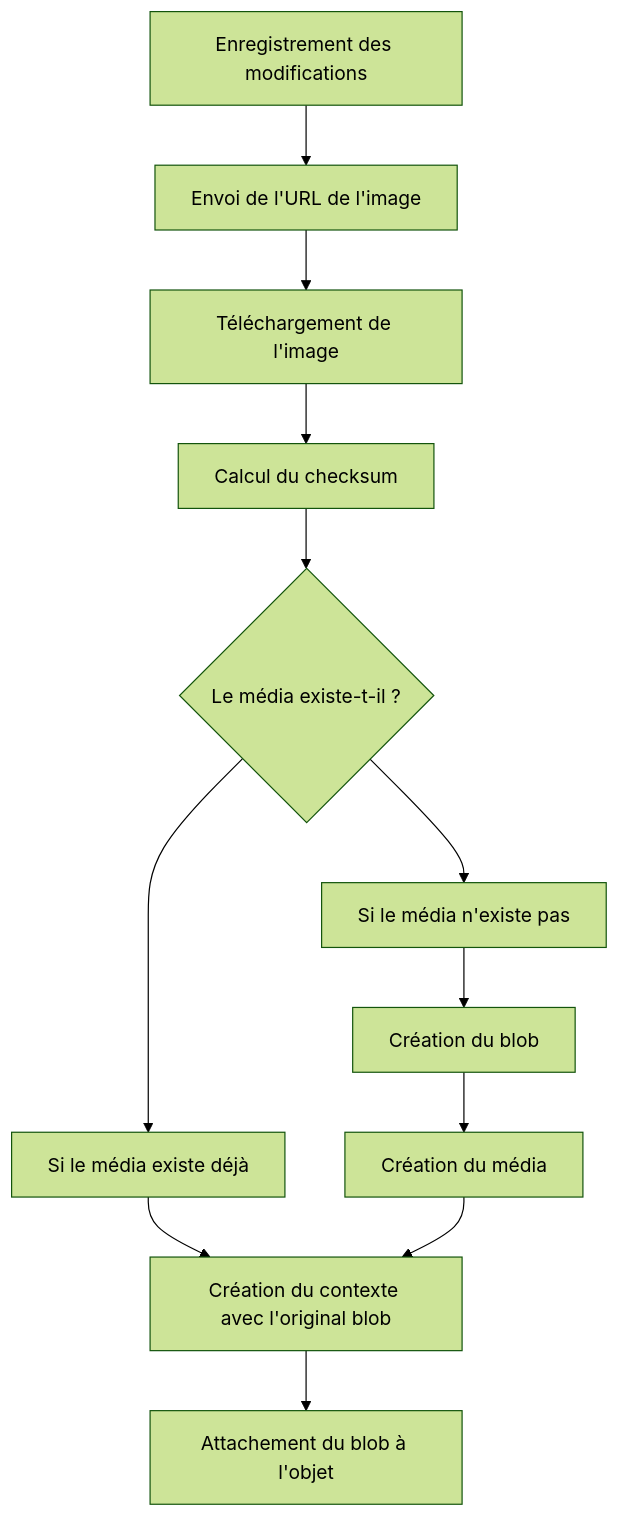
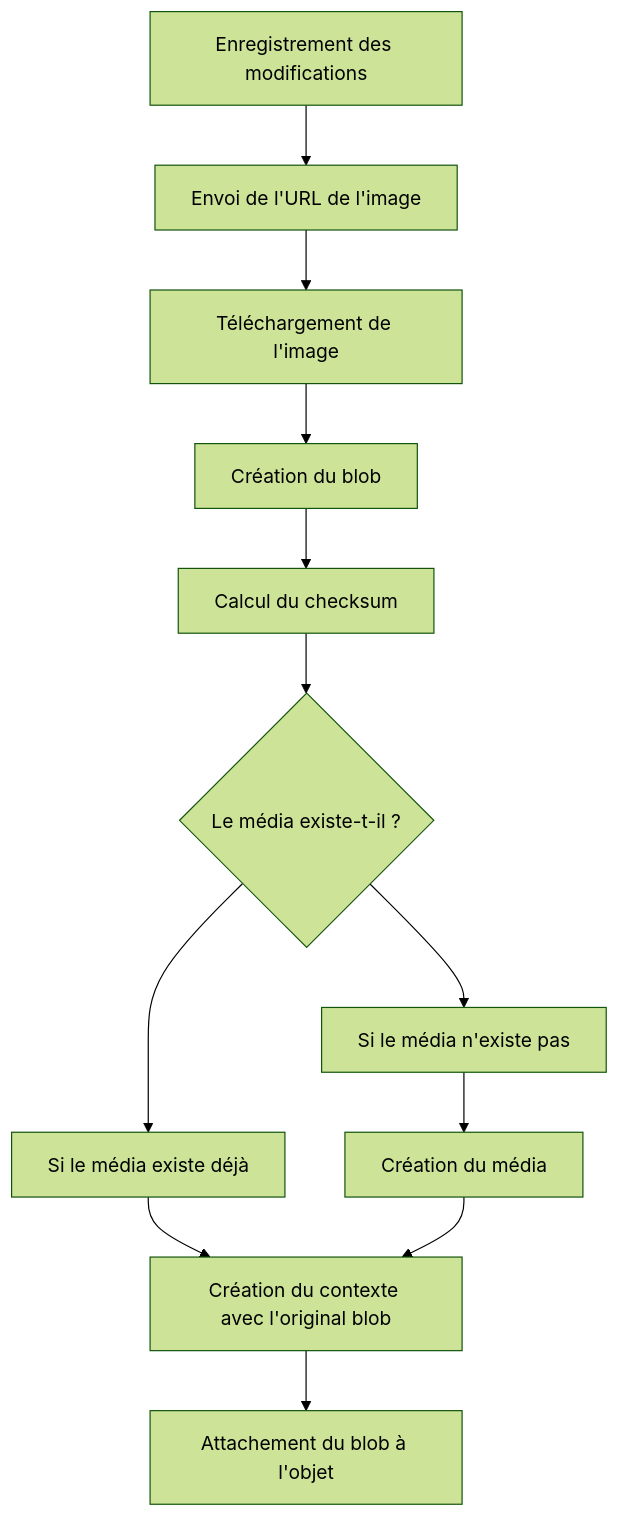
The third of 4 diagrams in content/docs/admin/composants/media-library.md (osunyorg/developers), drawn with Mermaid (forest theme) before and after one commit. The commit also changed other lines of this file, not shown here.

````diff
--- a/content/docs/admin/composants/media-library.md
+++ b/content/docs/admin/composants/media-library.md
@@ -338,19 +338,19 @@
 ```mermaid
 graph TD;
-  Enregistrement-->EnvoiUrl-->TelechargementImage-->Checksum-->Media;
+  Enregistrement-->EnvoiUrl-->TelechargementImage-->CreationBlob-->Checksum-->Media;
   Media-->MediaOui-->Contexte;
-  Media-->MediaNon-->CreationBlob-->CreationMedia-->Contexte;
+  Media-->MediaNon-->CreationMedia-->Contexte;
   Contexte-->Attachement;
 
   Enregistrement["Enregistrement des modifications"];
   EnvoiUrl["Envoi de l'URL de l'image"];
   TelechargementImage["Téléchargement de l'image"];
   Checksum["Calcul du checksum"];
   Media{"Le média existe-t-il ?"};
   CreationBlob["Création du blob"];
   MediaOui["Si le média existe déjà"];
   MediaNon["Si le média n'existe pas"];
   CreationMedia["Création du média"];
   Contexte["Création du contexte avec l'original blob"];
   Attachement["Attachement du blob à l'objet"]
 ```
````
